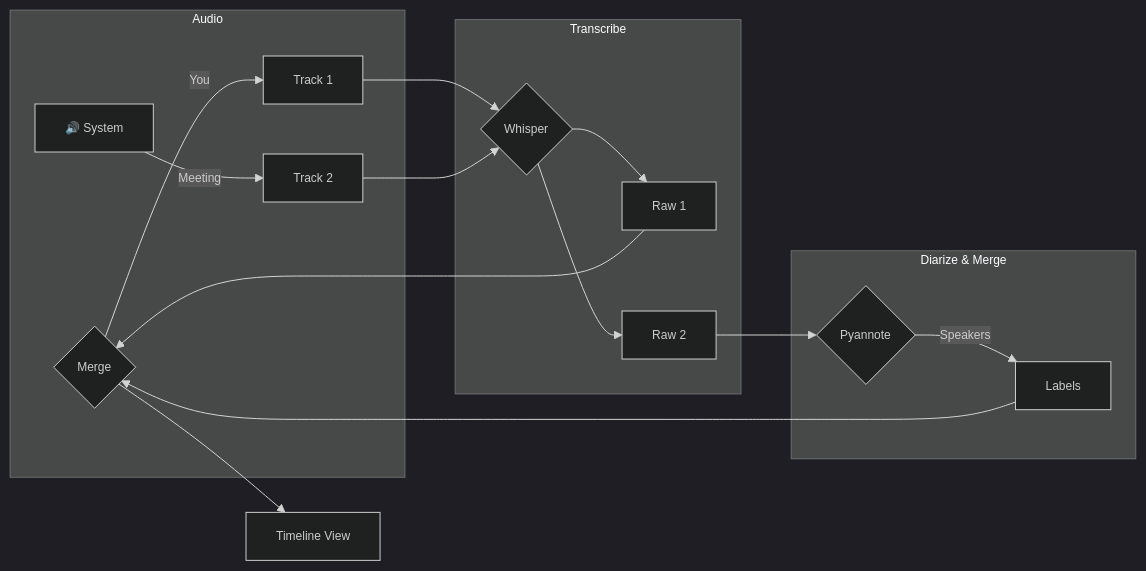
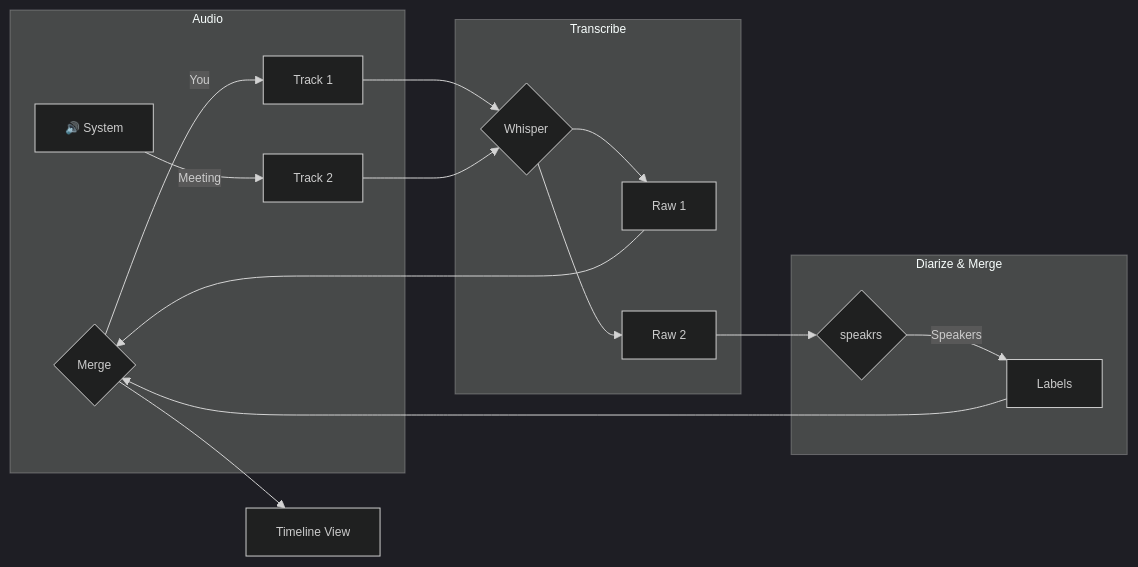
One commit to namefailed/phoneme changed the diagram in docs/user-guide/meeting_mode.md. Above: the diagram before and after it, drawn with Mermaid. The commit also changed other lines of this file and 7 other files, not shown here.

First line of the commit message:
fix(audit): escape RecordingDetail error, drop dead checkMicrophoneAccess, Pyannote->speakrs

````diff
--- a/docs/user-guide/meeting_mode.md
+++ b/docs/user-guide/meeting_mode.md
@@ -37,24 +37,24 @@
 ```mermaid
 %%{init: {'flowchart': {'curve': 'basis', 'useMaxWidth': false}, 'theme': 'dark', 'themeVariables': { 'fontSize': '12px' }}}%%
 flowchart LR
     subgraph A [Audio]
         M[🎤 Mic] -->|You| T1[Track 1]
         S[🔊 System] -->|Meeting| T2[Track 2]
     end
     
     subgraph X [Transcribe]
         T1 --> W{Whisper}
         T2 --> W
         W --> R1[Raw 1]
         W --> R2[Raw 2]
     end
     
     subgraph D [Diarize & Merge]
-        R2 --> P{Pyannote}
+        R2 --> P{speakrs}
         P -->|Speakers| L[Labels]
         R1 --> M{Merge}
         L --> M
     end
     
     M --> V[Timeline View]
 ```
````
